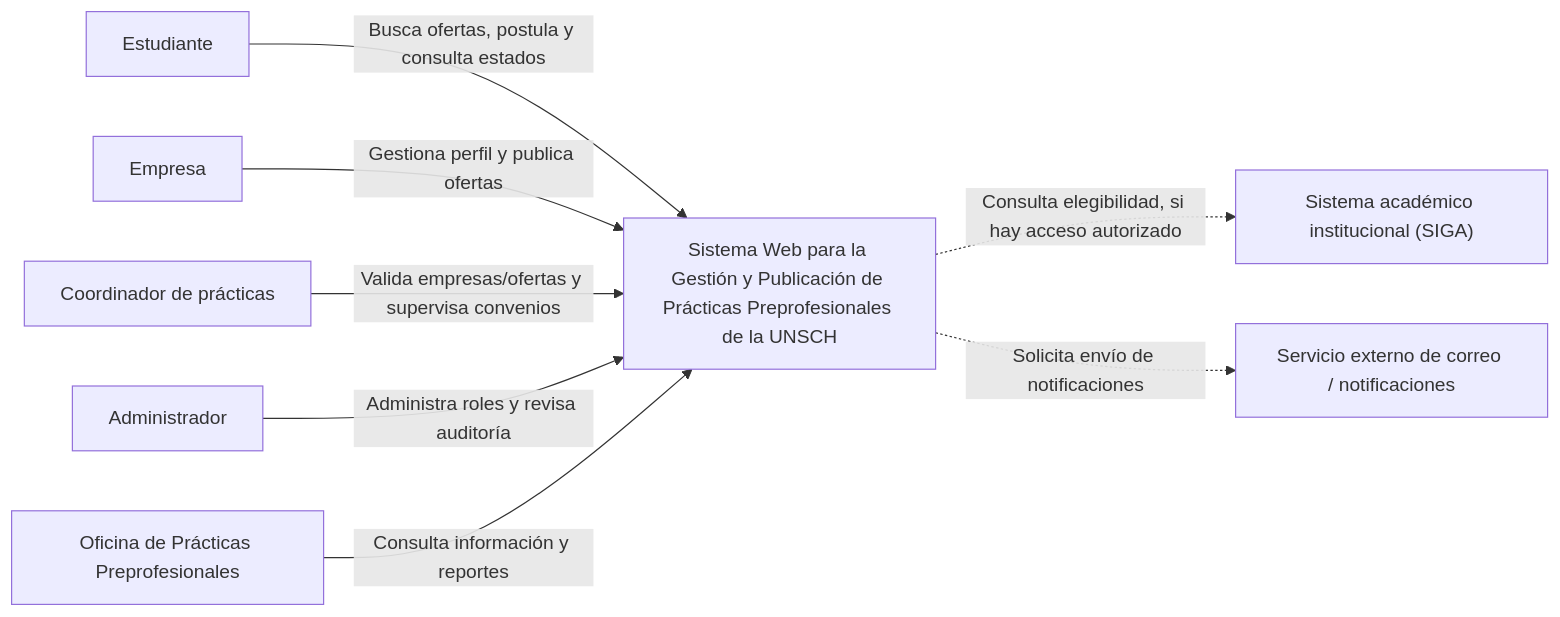
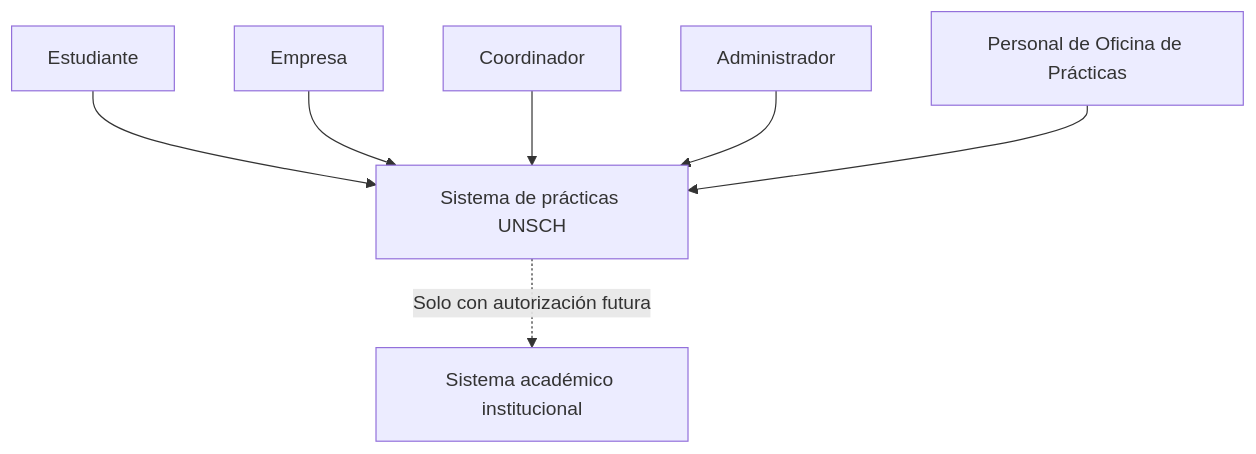
One commit to Jhoncode987/Sistema-de-Gestion-y-Publicacion-Practicas-Preprofesionales changed the first of 5 diagrams in docs/02-arquitectura/diagramas-c4/diagramas-c4.md. Above: the diagram before and after it, drawn with Mermaid. The commit also changed other lines of this file and 16 other files, not shown here.

````diff
--- a/docs/02-arquitectura/diagramas-c4/diagramas-c4.md
+++ b/docs/02-arquitectura/diagramas-c4/diagramas-c4.md
@@ -20,19 +7,9 @@
-```mermaid
-flowchart LR
-    Est["Estudiante"]
-    Emp["Empresa"]
-    Coord["Coordinador de prácticas"]
-    Admin["Administrador"]
-    Oficina["Oficina de Prácticas Preprofesionales"]
-    Sistema["Sistema Web para la Gestión y Publicación de Prácticas Preprofesionales de la UNSCH"]
-    SIGA["Sistema académico institucional (SIGA)"]
-    Correo["Servicio externo de correo / notificaciones"]
-
-    Est -->|"Busca ofertas, postula y consulta estados"| Sistema
-    Emp -->|"Gestiona perfil y publica ofertas"| Sistema
-    Coord -->|"Valida empresas/ofertas y supervisa convenios"| Sistema
-    Admin -->|"Administra roles y revisa auditoría"| Sistema
-    Oficina -->|"Consulta información y reportes"| Sistema
-    Sistema -.->|"Consulta elegibilidad, si hay acceso autorizado"| SIGA
-    Sistema -.->|"Solicita envío de notificaciones"| Correo
-```
+~~~mermaid
+flowchart TB
+    Est["Estudiante"] --> S["Sistema de prácticas UNSCH"]
+    Emp["Empresa"] --> S
+    Coord["Coordinador"] --> S
+    Admin["Administrador"] --> S
+    Oficina["Personal de Oficina de Prácticas"] --> S
+    S -.->|"Solo con autorización futura"| SIGA["Sistema académico institucional"]
+~~~
````
